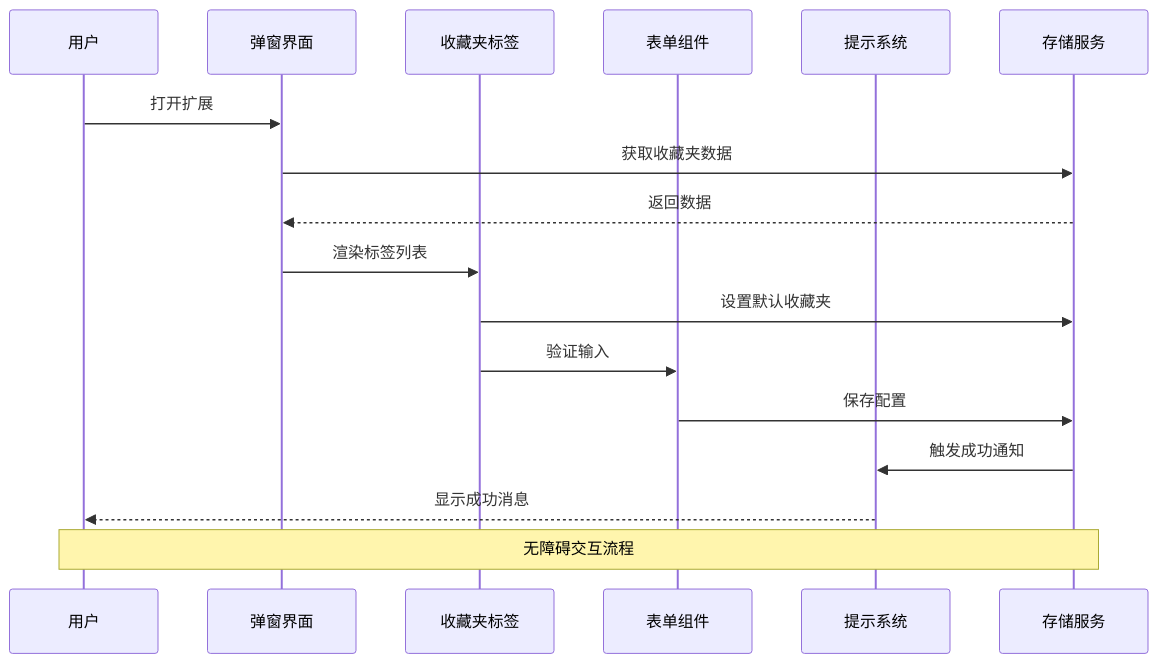
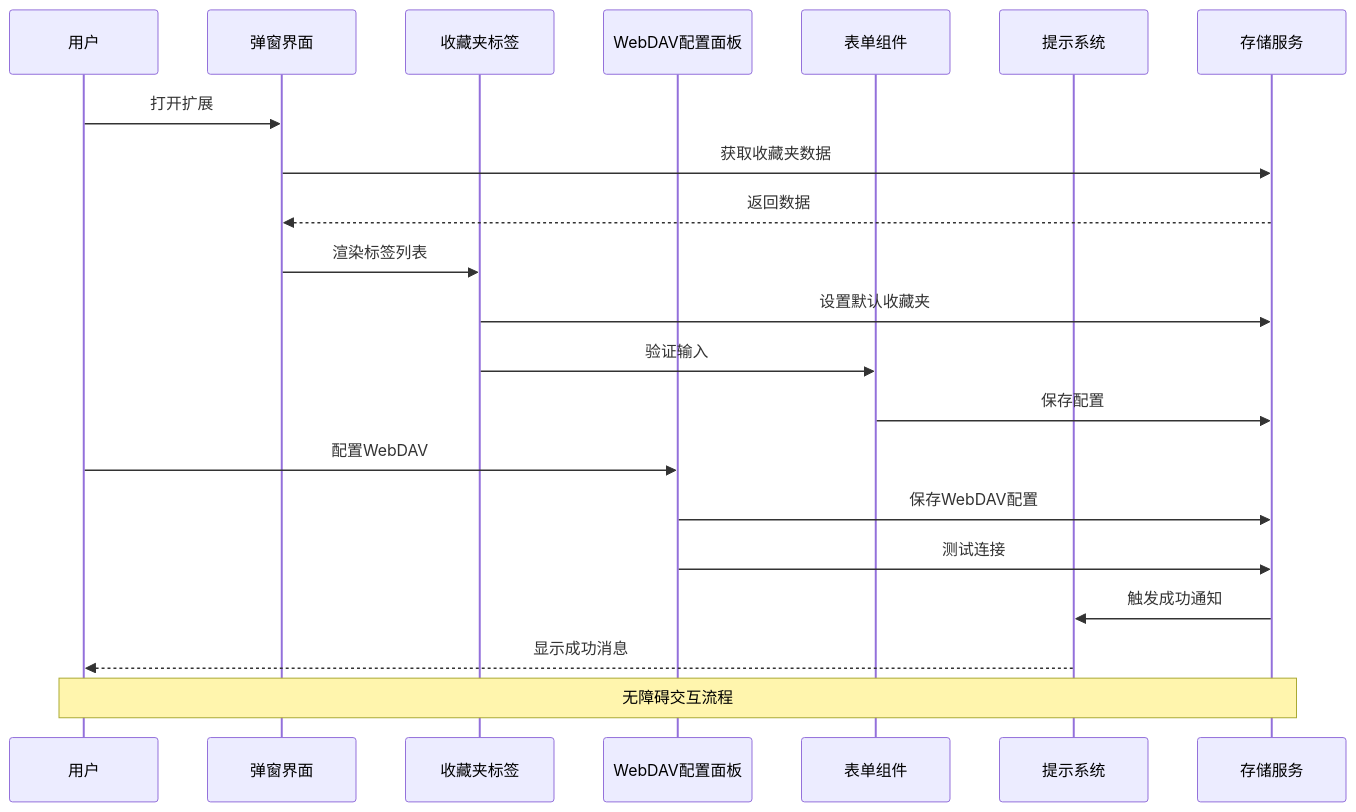
The third of 16 diagrams in .qoder/repowiki/zh/content/Accessibility Enhancements.md (RadiumAg/bilibili-favorites), drawn with Mermaid before and after one commit. The commit also changed other lines of this file and 10 other files, not shown here.

First line of the commit message:
feat(WebDAV): 实现WebDAV配置面板的完整无障碍支持

````diff
--- a/.qoder/repowiki/zh/content/Accessibility Enhancements.md
+++ b/.qoder/repowiki/zh/content/Accessibility Enhancements.md
@@ -236,19 +260,23 @@
 ```mermaid
 sequenceDiagram
 participant User as 用户
 participant Popup as 弹窗界面
 participant FavoriteTag as 收藏夹标签
+participant WebDAVConfig as WebDAV配置面板
 participant Form as 表单组件
 participant Toast as 提示系统
 participant Storage as 存储服务
 User->>Popup : 打开扩展
 Popup->>Storage : 获取收藏夹数据
 Storage-->>Popup : 返回数据
 Popup->>FavoriteTag : 渲染标签列表
 FavoriteTag->>Storage : 设置默认收藏夹
 FavoriteTag->>Form : 验证输入
 Form->>Storage : 保存配置
+User->>WebDAVConfig : 配置WebDAV
+WebDAVConfig->>Storage : 保存WebDAV配置
+WebDAVConfig->>Storage : 测试连接
 Storage->>Toast : 触发成功通知
 Toast-->>User : 显示成功消息
 Note over User,Storage : 无障碍交互流程
 ```
````
